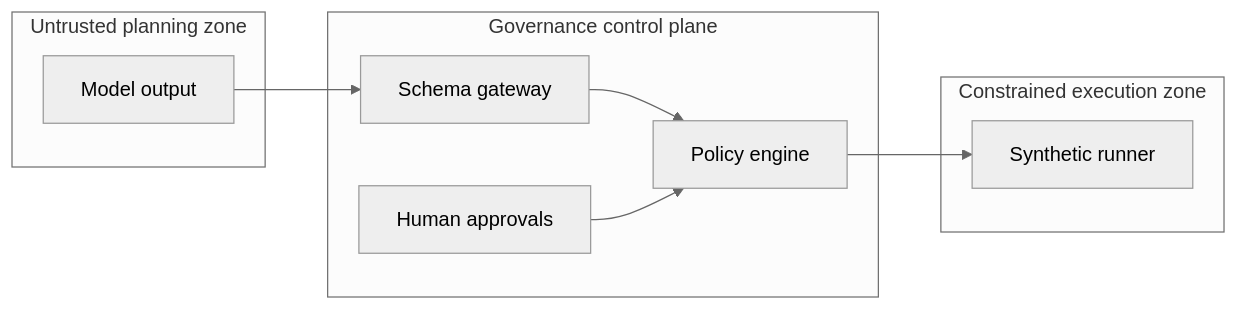
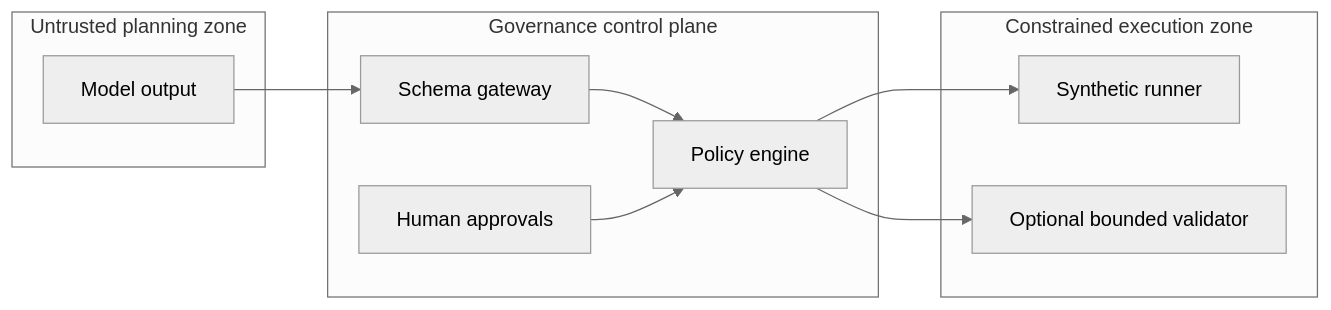
One commit to bilgekayali/finredops changed the first of 2 diagrams in docs/ARCHITECTURE.md. Above: the diagram before and after it, drawn with Mermaid (neutral theme). The commit also changed other lines of this file and 29 other files, not shown here.

````diff
--- a/docs/ARCHITECTURE.md
+++ b/docs/ARCHITECTURE.md
@@ -46,15 +51,17 @@
 ```mermaid
 flowchart LR
     subgraph U["Untrusted planning zone"]
       A["Model output"]
     end
     subgraph C["Governance control plane"]
       B["Schema gateway"] --> P["Policy engine"]
       R["Human approvals"] --> P
     end
     subgraph S["Constrained execution zone"]
       X["Synthetic runner"]
+      V["Optional bounded validator"]
     end
     A --> B
     P --> X
+    P --> V
 ```
````
